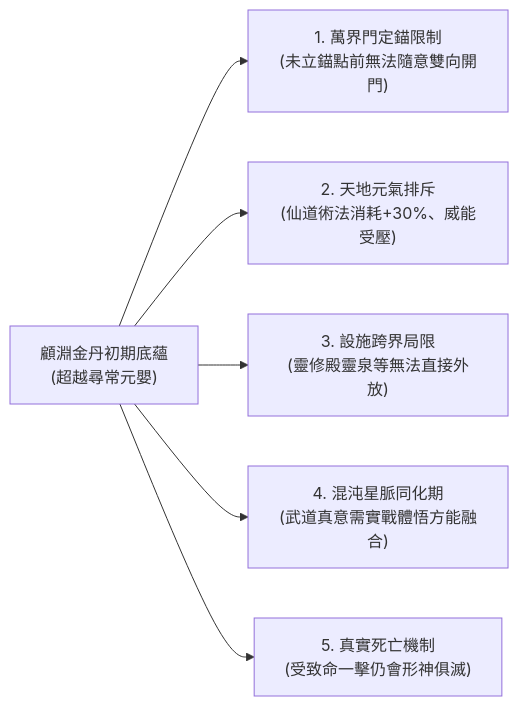
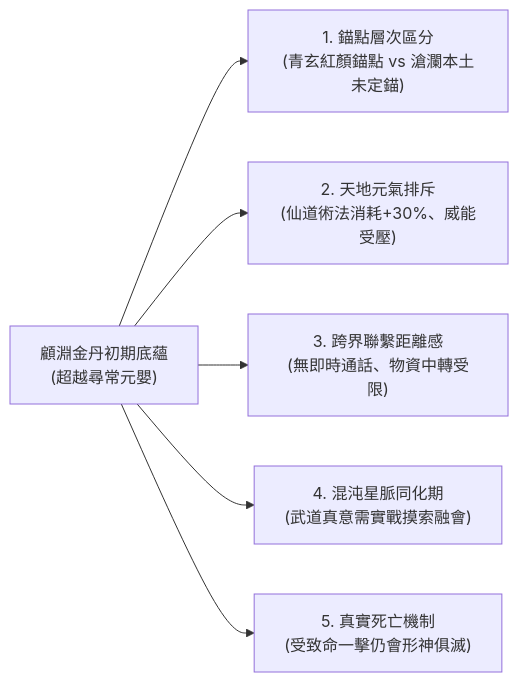
One commit to wade-fs/novel changed the second of 2 diagrams in sex/docs/arcs/02/01_world_setting.md. Above: the diagram before and after it, drawn with Mermaid. The commit also changed other lines of this file and 6 other files, not shown here.

````diff
--- a/sex/docs/arcs/02/01_world_setting.md
+++ b/sex/docs/arcs/02/01_world_setting.md
@@ -133,8 +134,8 @@
 ```mermaid
 flowchart LR
-    Origin["顧淵金丹初期底蘊<br>(超越尋常元嬰)"] --> Constraint1["1. 萬界門定錨限制<br>(未立錨點前無法隨意雙向開門)"]
+    Origin["顧淵金丹初期底蘊<br>(超越尋常元嬰)"] --> Constraint1["1. 錨點層次區分<br>(青玄紅顏錨點 vs 滄瀾本土未定錨)"]
     Origin --> Constraint2["2. 天地元氣排斥<br>(仙道術法消耗+30%、威能受壓)"]
-    Origin --> Constraint3["3. 設施跨界局限<br>(靈修殿靈泉等無法直接外放)"]
-    Origin --> Constraint4["4. 混沌星脈同化期<br>(武道真意需實戰體悟方能融合)"]
+    Origin --> Constraint3["3. 跨界聯繫距離感<br>(無即時通話、物資中轉受限)"]
+    Origin --> Constraint4["4. 混沌星脈同化期<br>(武道真意需實戰摸索融會)"]
     Origin --> Constraint5["5. 真實死亡機制<br>(受致命一擊仍會形神俱滅)"]
 ```
````
